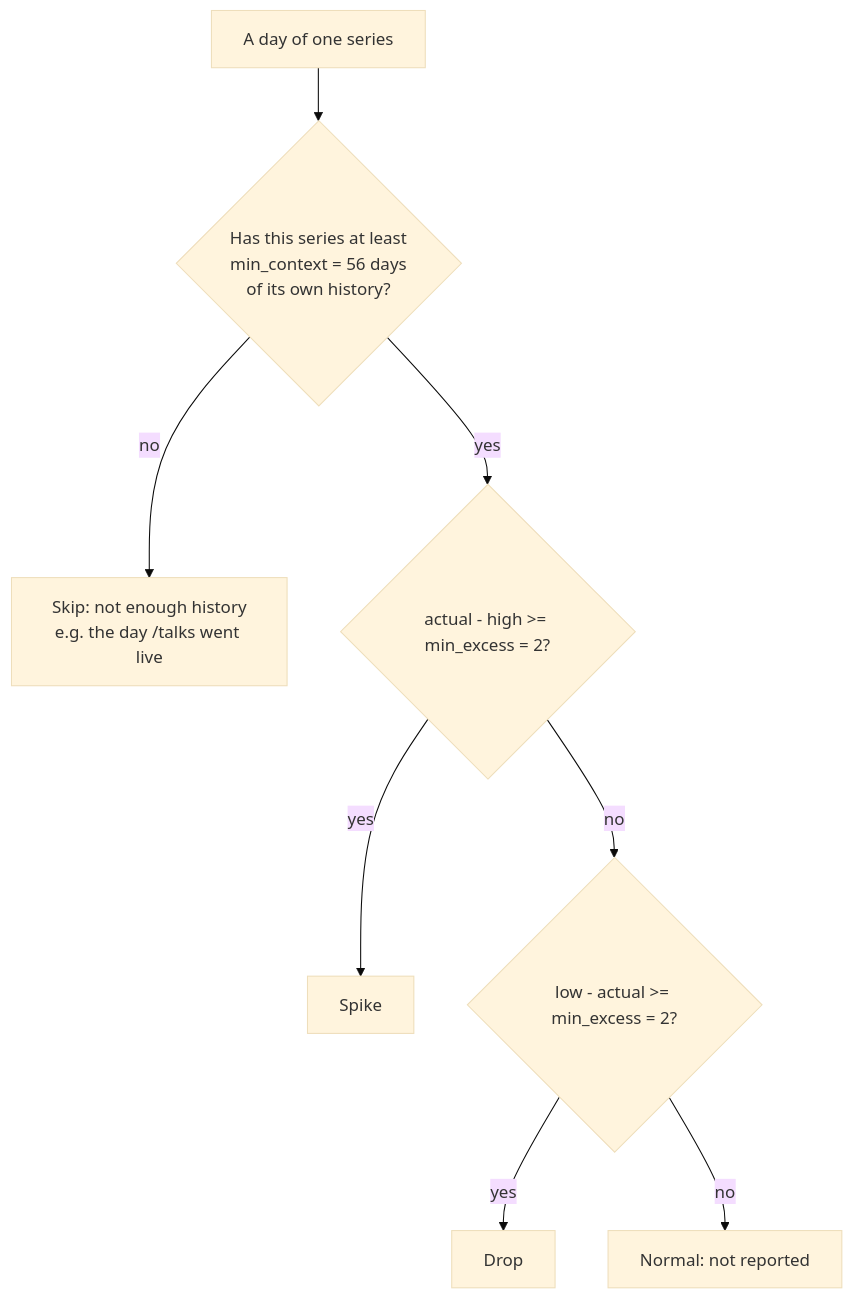
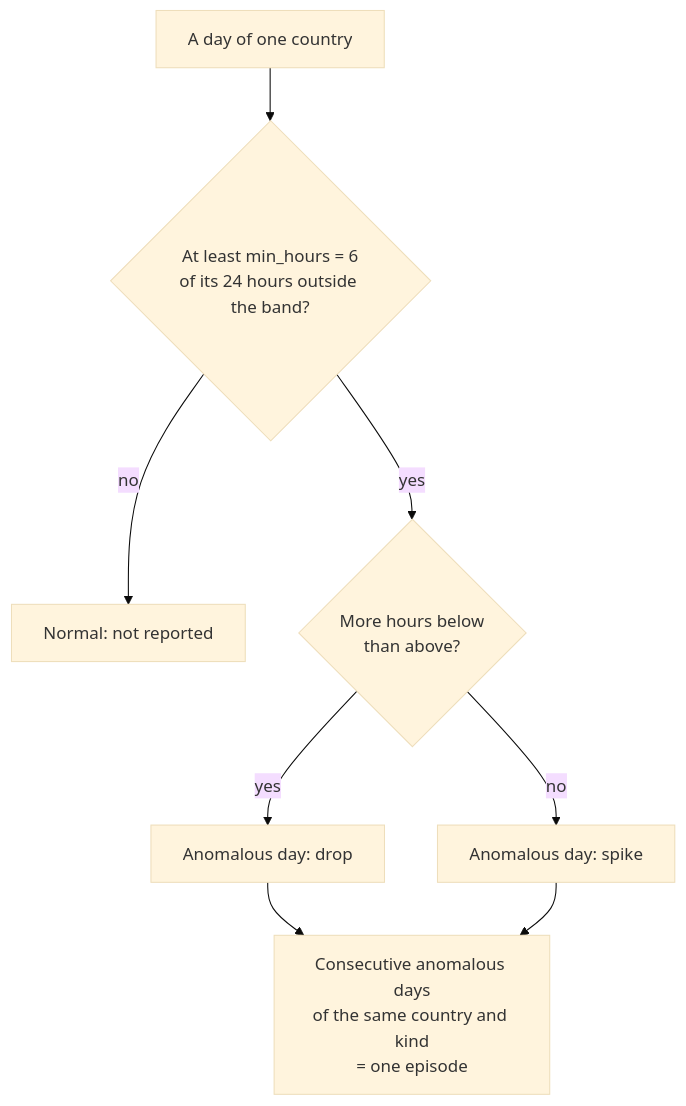
The fifth of 6 diagrams in docs/04-anomaly-detection.md (mourjo/zero-shot-forecasting), drawn with Mermaid (base theme) before and after one commit. The commit also changed other lines of this file and 3 other files, not shown here.

````diff
--- a/docs/04-anomaly-detection.md
+++ b/docs/04-anomaly-detection.md
@@ -150,10 +198,10 @@
 ```mermaid
 flowchart TD
-    A["A day of one series"] --> B{"Has this series at least<br/>min_context = 56 days<br/>of its own history?"}
-    B -- "no" --> X["Skip: not enough history<br/>e.g. the day /talks went live"]
-    B -- "yes" --> C{"actual - high >= min_excess = 2?"}
-    C -- "yes" --> S["Spike"]
-    C -- "no" --> D{"low - actual >= min_excess = 2?"}
-    D -- "yes" --> P["Drop"]
-    D -- "no" --> N["Normal: not reported"]
+    A["A day of one country"] --> B{"At least min_hours = 6<br/>of its 24 hours outside the band?"}
+    B -- "no" --> N["Normal: not reported"]
+    B -- "yes" --> C{"More hours below<br/>than above?"}
+    C -- "yes" --> D["Anomalous day: drop"]
+    C -- "no" --> S["Anomalous day: spike"]
+    D --> E["Consecutive anomalous days<br/>of the same country and kind<br/>= one episode"]
+    S --> E
 ```
````
